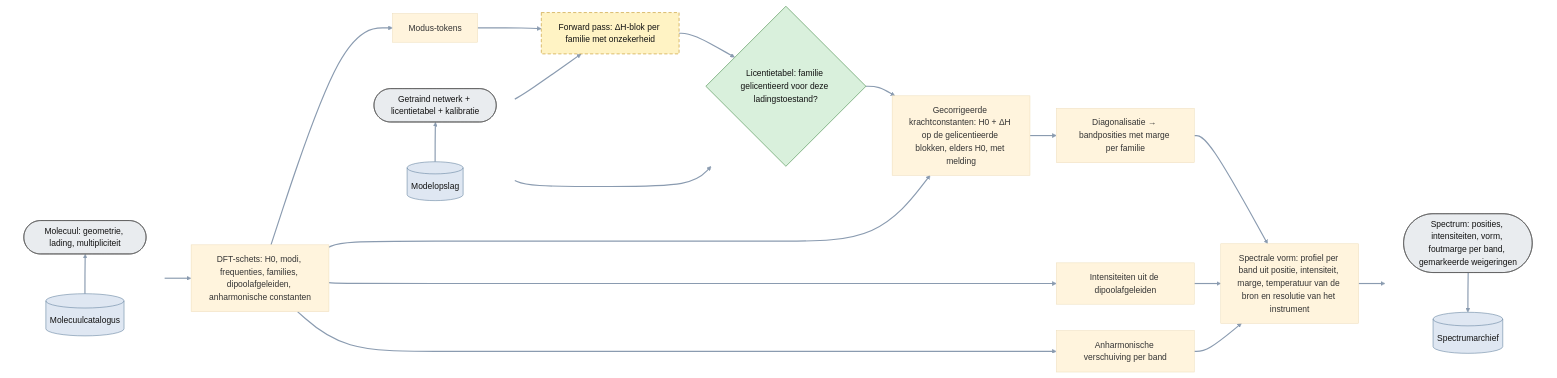
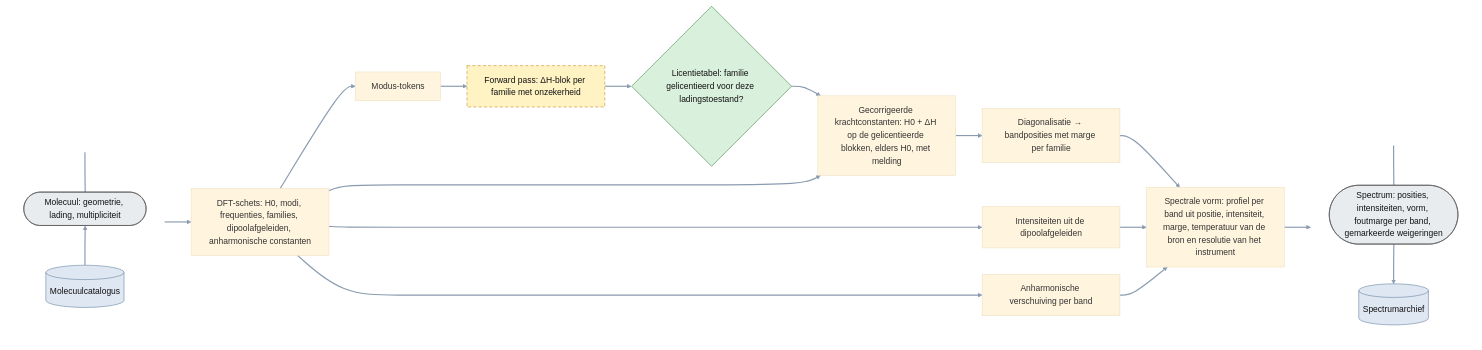
One commit to thebreadishard/udacity-capstone-plan changed the diagram in plans/05_delta-probed-ir-pipeline/GoalGathering/architecture/30_pipeline.mmd. Above: the diagram before and after it, drawn with Mermaid (base theme). The commit also changed 5 other files, not shown here.

Commit message:
Plan 05 architecture: invisible spacer above each data object so it aligns with the neighbouring step (store below); pipeline sheet without the model store and its data object (steps only)

```diff
--- a/plans/05_delta-probed-ir-pipeline/GoalGathering/architecture/30_pipeline.mmd
+++ b/plans/05_delta-probed-ir-pipeline/GoalGathering/architecture/30_pipeline.mmd
@@ -1,51 +1,48 @@
 %% Pipeline (niveau 3): wat er staat als onderzoek en training klaar zijn. Een molecuul zonder laboratoriumspectrum in, een spectrum met foutmarge uit.
 %% Rechthoek = processtap; ronde uiteinden = data-object; cilinder = opslag (onder het data-object); ruit = poort. Gestippeld = nog niet gebouwd. De forward pass is één figuurtje.
 flowchart LR
   linkStyle default stroke:#8a9bb0,stroke-width:2.2px
   classDef planned stroke-dasharray: 6 4,stroke:#b8860b,fill:#fff3c4,color:#111
   classDef data fill:#e9ecef,stroke:#555,color:#111
   classDef gate fill:#d9f0dc,stroke:#2e7d32,color:#111
   classDef store fill:#dfe7f2,stroke:#5b7a99,color:#111
   classDef ext fill:#cfd8e3,stroke:#3d5a80,color:#111
 
   subgraph IN [" "]
     direction BT
     MOL(["Molecuul: geometrie, lading, multipliciteit"]):::data
     CAT[("Molecuulcatalogus")]:::store
     CAT --> MOL
+    SP0[" "]
+    MOL ~~~ SP0
   end
+  style SP0 fill:none,stroke:none,color:transparent
   SK["DFT-schets: H0, modi, frequenties, families, dipoolafgeleiden, anharmonische constanten"]
   TOK["Modus-tokens"]
-  subgraph MD [" "]
-    direction BT
-    NETW(["Getraind netwerk + licentietabel + kalibratie"]):::data
-    MODELS[("Modelopslag")]:::store
-    MODELS --> NETW
-  end
   FWD["Forward pass: ΔH-blok per familie met onzekerheid"]:::planned
   GATE{"Licentietabel: familie gelicentieerd voor deze ladingstoestand?"}:::gate
   APPLY["Gecorrigeerde krachtconstanten: H0 + ΔH op de gelicentieerde blokken, elders H0, met melding"]
   EIG["Diagonalisatie → bandposities met marge per familie"]
   INT["Intensiteiten uit de dipoolafgeleiden"]
   ANH["Anharmonische verschuiving per band"]
   SHAPE["Spectrale vorm: profiel per band uit positie, intensiteit, marge, temperatuur van de bron en resolutie van het instrument"]
   subgraph OUT [" "]
     direction TB
     SPEC(["Spectrum: posities, intensiteiten, vorm, foutmarge per band, gemarkeerde weigeringen"]):::data
     SPECS[("Spectrumarchief")]:::store
     SPEC --> SPECS
+    SP1[" "]
+    SP1 ~~~ SPEC
   end
+  style SP1 fill:none,stroke:none,color:transparent
   style IN fill:none,stroke:none
-  style MD fill:none,stroke:none
   style OUT fill:none,stroke:none
 
   IN --> SK --> TOK --> FWD
-  MD --> FWD
   FWD --> GATE
-  MD --> GATE
   GATE --> APPLY
   SK --> APPLY
   APPLY --> EIG --> SHAPE
   SK --> INT --> SHAPE
   SK --> ANH --> SHAPE
   SHAPE --> OUT
```
